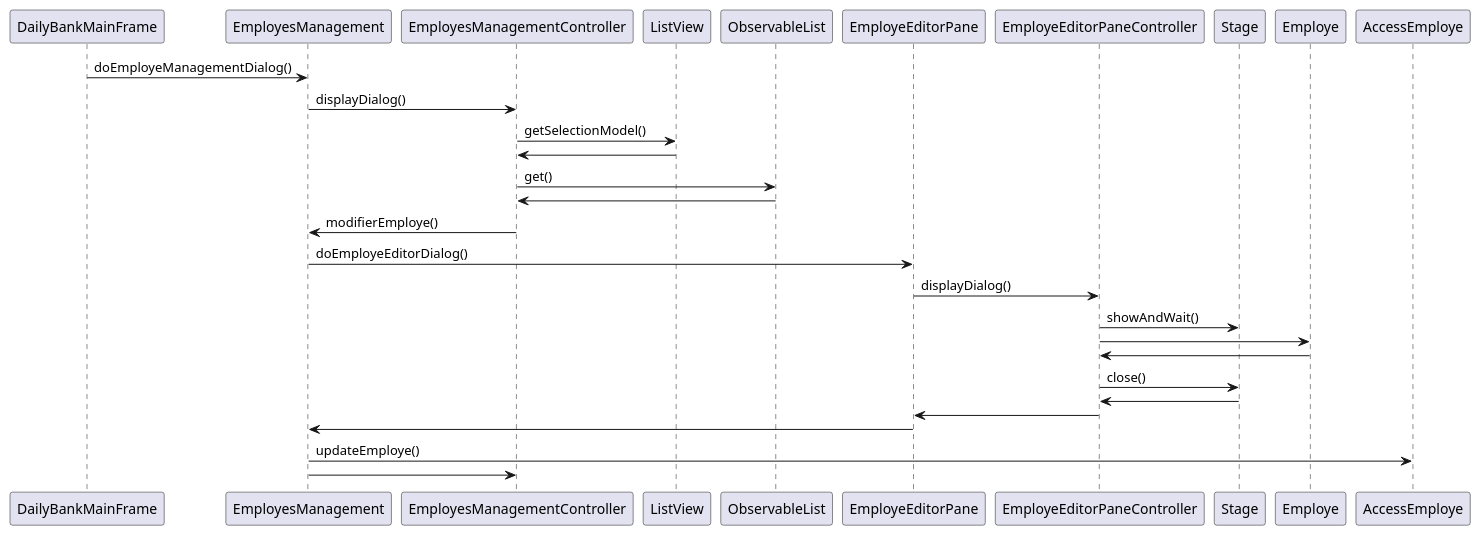
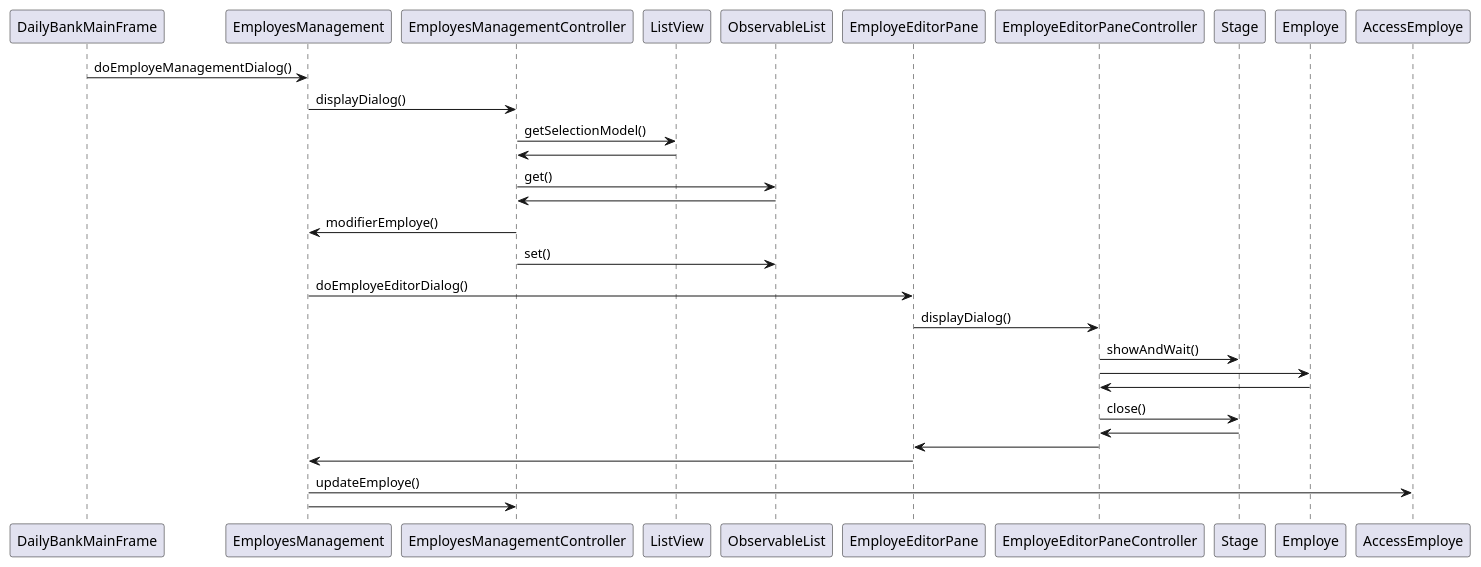
Before and after one commit to IUT-Blagnac/sae2022-bank-1b1: the diagram in V1/plantuml/editEmploye.plantuml, drawn with PlantUML. The commit also changed 1 other file, not shown here.

Commit message:
ajout diagramme edit employe

```diff
--- a/V1/plantuml/editEmploye.plantuml
+++ b/V1/plantuml/editEmploye.plantuml
@@ -1,22 +1,23 @@
 @startuml Modifier un employé
 
 DailyBankMainFrame -> EmployesManagement : doEmployeManagementDialog()
 EmployesManagement -> EmployesManagementController : displayDialog()
 EmployesManagementController -> ListView : getSelectionModel()
 EmployesManagementController <- ListView
 EmployesManagementController -> ObservableList : get()
 EmployesManagementController <- ObservableList
 EmployesManagement <- EmployesManagementController : modifierEmploye()
+EmployesManagementController -> ObservableList : set()
 EmployesManagement -> EmployeEditorPane : doEmployeEditorDialog()
 EmployeEditorPane -> EmployeEditorPaneController : displayDialog()
 EmployeEditorPaneController -> Stage : showAndWait()
 EmployeEditorPaneController -> Employe
 EmployeEditorPaneController <- Employe
 EmployeEditorPaneController -> Stage : close()
 EmployeEditorPaneController <- Stage
 EmployeEditorPane <- EmployeEditorPaneController
 EmployesManagement <- EmployeEditorPane
 
 EmployesManagement -> AccessEmploye : updateEmploye()
 EmployesManagement -> EmployesManagementController
 @enduml
```
